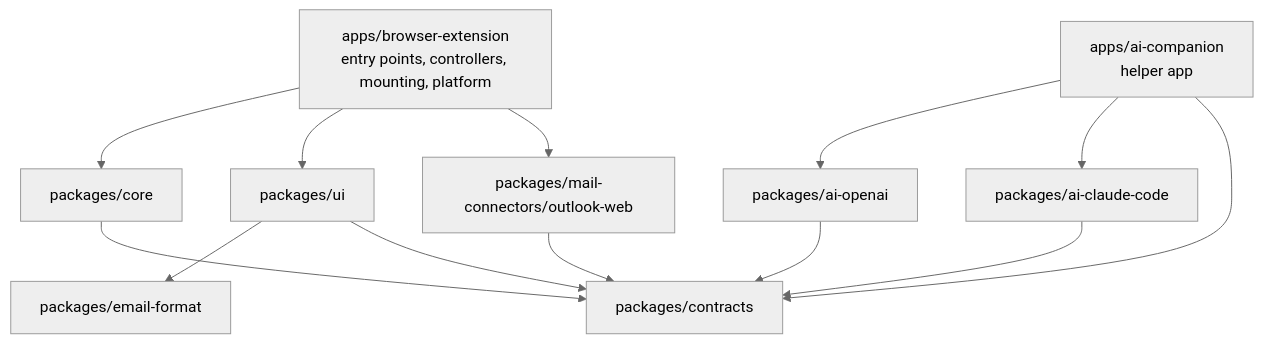
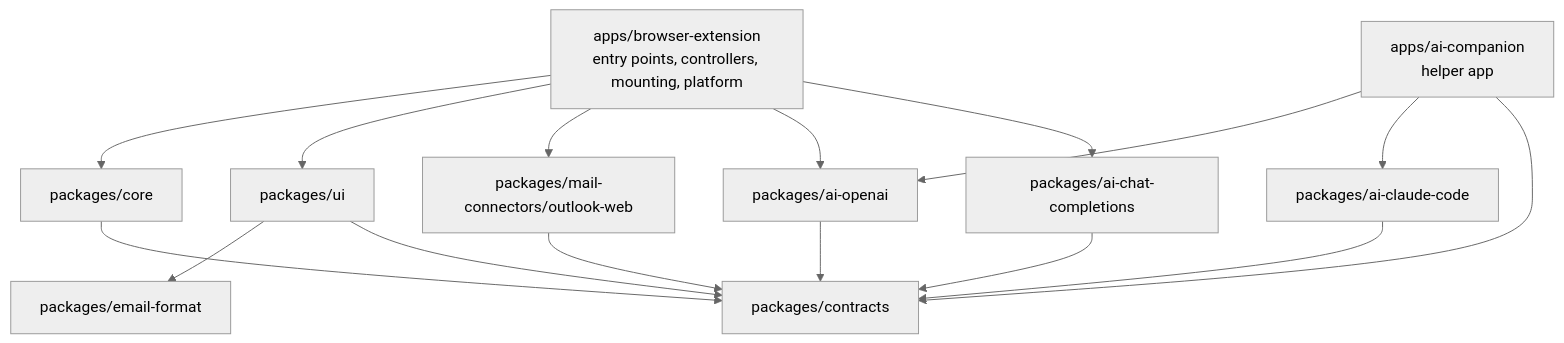
Before and after one commit to dervisgenc/email-writer: the diagram in docs/DEVELOPMENT.md, drawn with Mermaid (neutral theme). The commit also changed other lines of this file and 8 other files, not shown here.

````diff
--- a/docs/DEVELOPMENT.md
+++ b/docs/DEVELOPMENT.md
@@ -96,15 +96,18 @@
 ```mermaid
 flowchart TD
     EXT[apps/browser-extension<br/>entry points, controllers, mounting, platform] --> CORE[packages/core]
     EXT --> UI[packages/ui]
     EXT --> MAIL[packages/mail-connectors/outlook-web]
     UI --> FORMAT[packages/email-format]
     CORE --> CONTRACTS[packages/contracts]
     UI --> CONTRACTS
     MAIL --> CONTRACTS
+    EXT --> OPENAI
+    EXT --> CHAT[packages/ai-chat-completions]
     HOST[apps/ai-companion<br/>helper app] --> OPENAI[packages/ai-openai]
     HOST --> CLAUDE[packages/ai-claude-code]
     HOST --> CONTRACTS
     OPENAI --> CONTRACTS
+    CHAT --> CONTRACTS
     CLAUDE --> CONTRACTS
 ```
````
